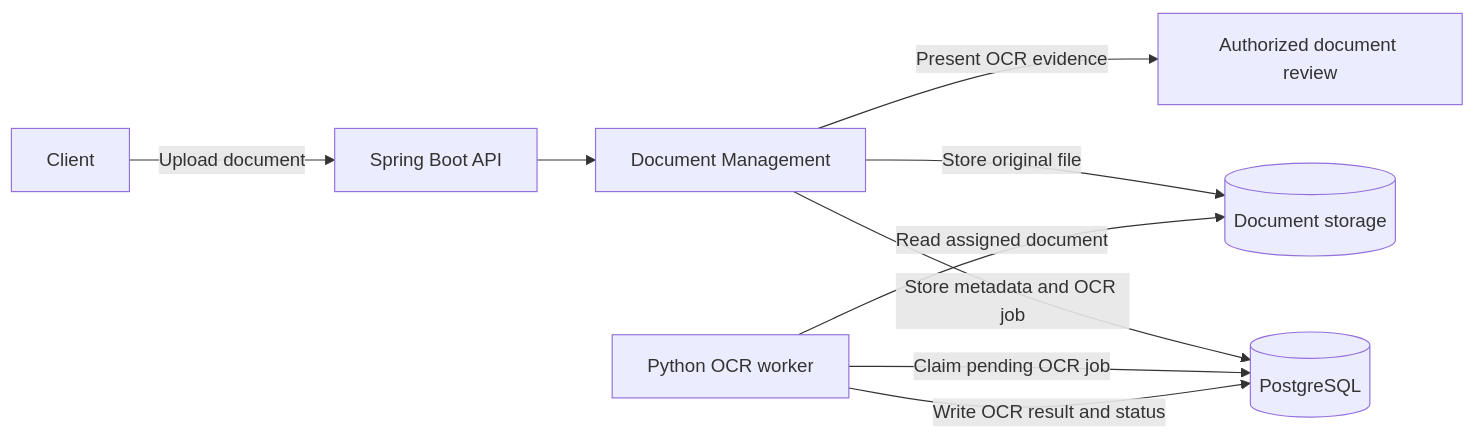
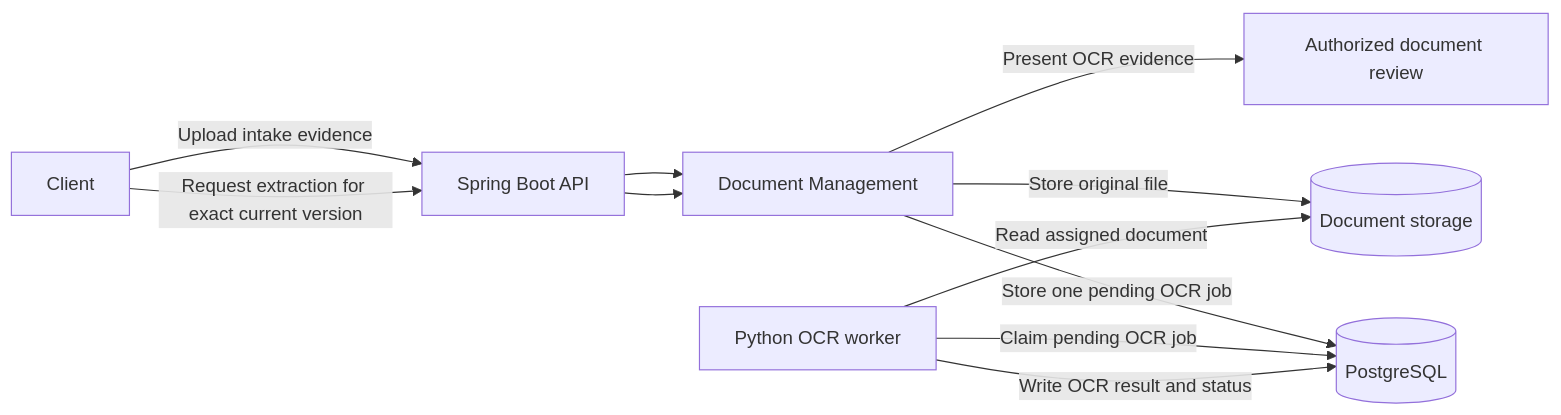
One commit to dongduy-dev/meridian-finance changed the first of 2 diagrams in docs/architecture/MER-ARCH-005-ocr-architecture.md. Above: the diagram before and after it, drawn with Mermaid. The commit also changed other lines of this file and 79 other files, not shown here.

First line of the commit message:
feat(document): add OCR processing foundation (#110)

````diff
--- a/docs/architecture/MER-ARCH-005-ocr-architecture.md
+++ b/docs/architecture/MER-ARCH-005-ocr-architecture.md
@@ -81,19 +89,21 @@
 ```mermaid
 flowchart LR
     Client[Client]
     API[Spring Boot API]
     Document[Document Management]
     DB[(PostgreSQL)]
     Storage[(Document storage)]
     OCR[Python OCR worker]
     Review[Authorized document review]
 
-    Client -->|Upload document| API
+    Client -->|Upload intake evidence| API
     API --> Document
-    Document -->|Store metadata and OCR job| DB
     Document -->|Store original file| Storage
+    Client -->|Request extraction for exact current version| API
+    API --> Document
+    Document -->|Store one pending OCR job| DB
     OCR -->|Claim pending OCR job| DB
     OCR -->|Read assigned document| Storage
     OCR -->|Write OCR result and status| DB
     Document -->|Present OCR evidence| Review
 ```
````
